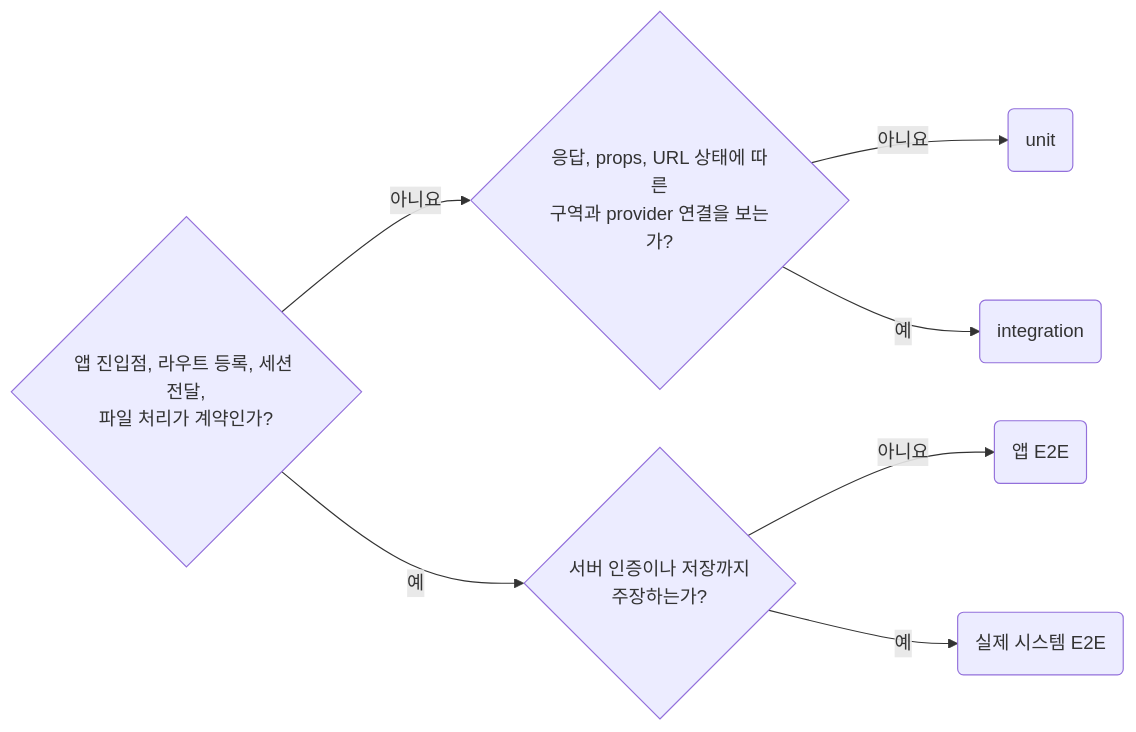
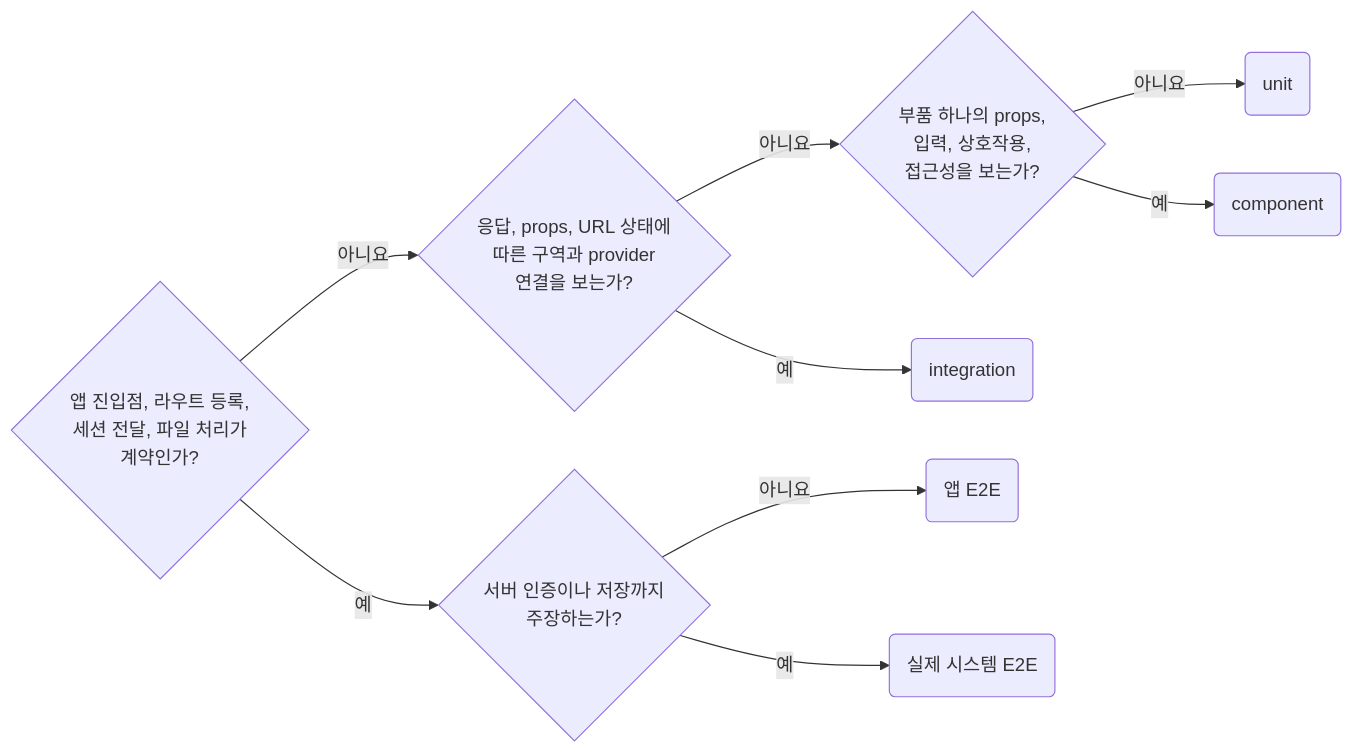
Before and after one commit to nomeehej/agent-conventions: the diagram in skill/testing/rules/01-01-scope-choose-the-smallest-reliable-boundary.md, drawn with Mermaid. The commit also changed other lines of this file and 33 other files, not shown here.

````diff
--- a/skill/testing/rules/01-01-scope-choose-the-smallest-reliable-boundary.md
+++ b/skill/testing/rules/01-01-scope-choose-the-smallest-reliable-boundary.md
@@ -19,7 +19,8 @@
 ```mermaid
 flowchart LR
-	q1{"앱 진입점, 라우트 등록, 세션 전달,<br>파일 처리가 계약인가?"} -- 아니요 --> q2{"응답, props, URL 상태에 따른<br>구역과 provider 연결을 보는가?"} -- 아니요 --> r1("unit")
+	q1{"앱 진입점, 라우트 등록,<br>세션 전달, 파일 처리가<br>계약인가?"} -- 아니요 --> q2{"응답, props, URL 상태에<br>따른 구역과 provider<br>연결을 보는가?"} -- 아니요 --> q4{"부품 하나의 props,<br>입력, 상호작용,<br>접근성을 보는가?"} -- 아니요 --> r1("unit")
+	q4 -- 예 --> r5("component")
 	q2 -- 예 --> r2("integration")
 	q1 -- 예 --> q3{"서버 인증이나 저장까지<br>주장하는가?"} -- 아니요 --> r3("앱 E2E")
 	q3 -- 예 --> r4("실제 시스템 E2E")
 ```
````
